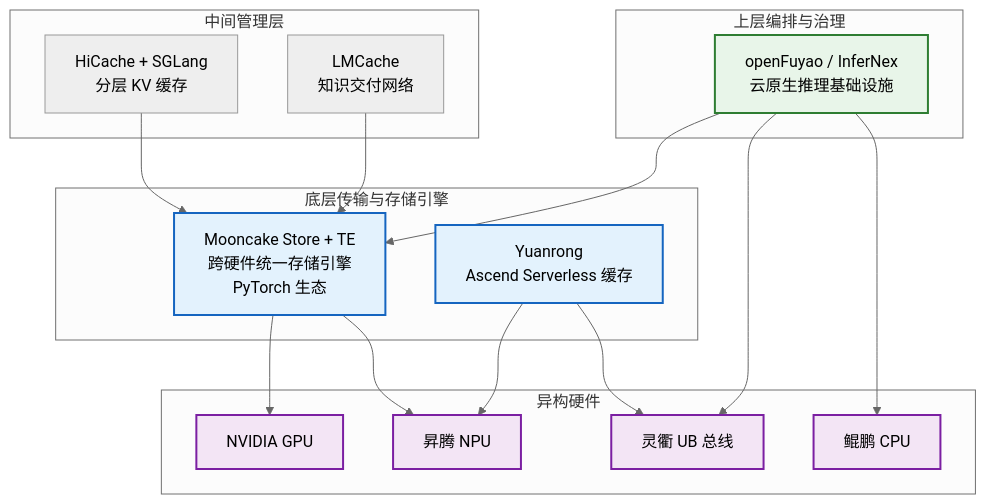
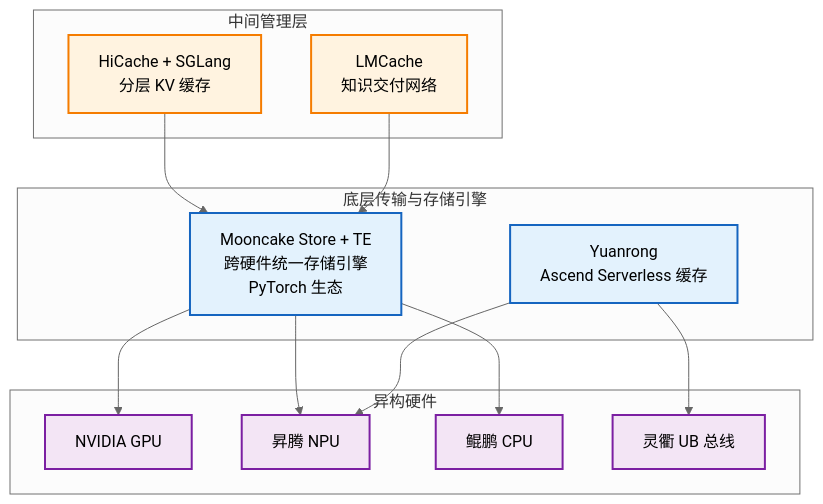
One commit to QJWang23/Mooncake changed the second of 11 diagrams in docs/superpowers/briefings/2026-06-11-distributed-kvcache-executive-briefing.md. Above: the diagram before and after it, drawn with Mermaid (neutral theme). The commit also changed other lines of this file, not shown here.

First line of the commit message:
docs(briefing): refocus briefing on KVCache only, remove InferNex orchestration content

````diff
--- a/docs/superpowers/briefings/2026-06-11-distributed-kvcache-executive-briefing.md
+++ b/docs/superpowers/briefings/2026-06-11-distributed-kvcache-executive-briefing.md
@@ -108,40 +108,34 @@
 ```mermaid
 graph TB
-    subgraph 上层["上层编排与治理"]
-        OF["openFuyao / InferNex<br/>云原生推理基础设施"]
-    end
-
     subgraph 中层["中间管理层"]
         HC["HiCache + SGLang<br/>分层 KV 缓存"]
         LMC["LMCache<br/>知识交付网络"]
     end
 
     subgraph 底层["底层传输与存储引擎"]
         MK["Mooncake Store + TE<br/>跨硬件统一存储引擎<br/>PyTorch 生态"]
         YR["Yuanrong<br/>Ascend Serverless 缓存"]
     end
 
     subgraph 硬件层["异构硬件"]
         NVIDIA["NVIDIA GPU"]
         ASCEND["昇腾 NPU"]
         KUNPENG["鲲鹏 CPU"]
         UB_BUS["灵衢 UB 总线"]
     end
 
-    OF --> MK
     HC --> MK
     LMC --> MK
     MK --> NVIDIA
     MK --> ASCEND
     YR --> ASCEND
     YR --> UB_BUS
-    OF --> UB_BUS
-    OF --> KUNPENG
+    MK --> KUNPENG
 
     classDef bottom fill:#e3f2fd,stroke:#1565c0,stroke-width:2px
-    classDef top fill:#e8f5e9,stroke:#2e7d32,stroke-width:2px
+    classDef mid fill:#fff3e0,stroke:#f57c00,stroke-width:2px
     classDef hw fill:#f3e5f5,stroke:#7b1fa2,stroke-width:2px
     class MK,YR bottom
-    class OF top
+    class HC,LMC mid
     class NVIDIA,ASCEND,KUNPENG,UB_BUS hw
 ```
````
